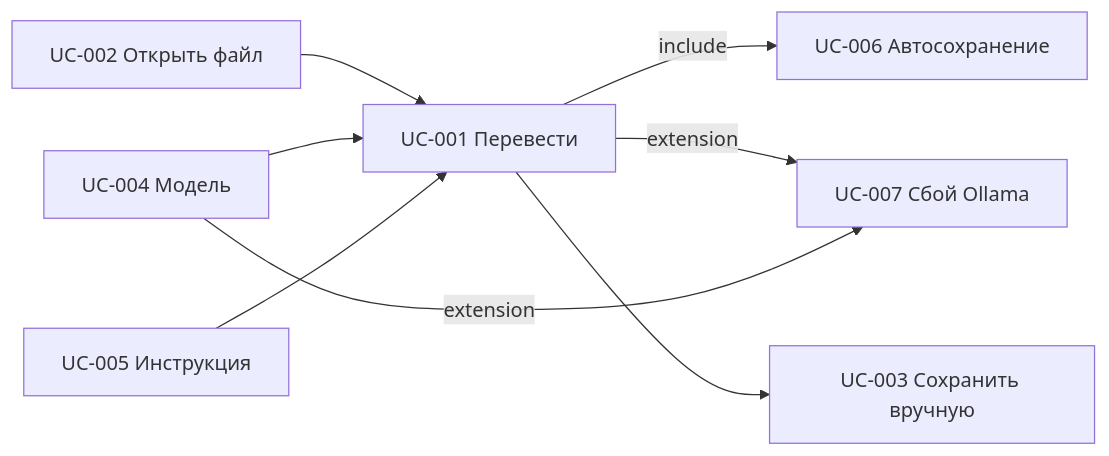
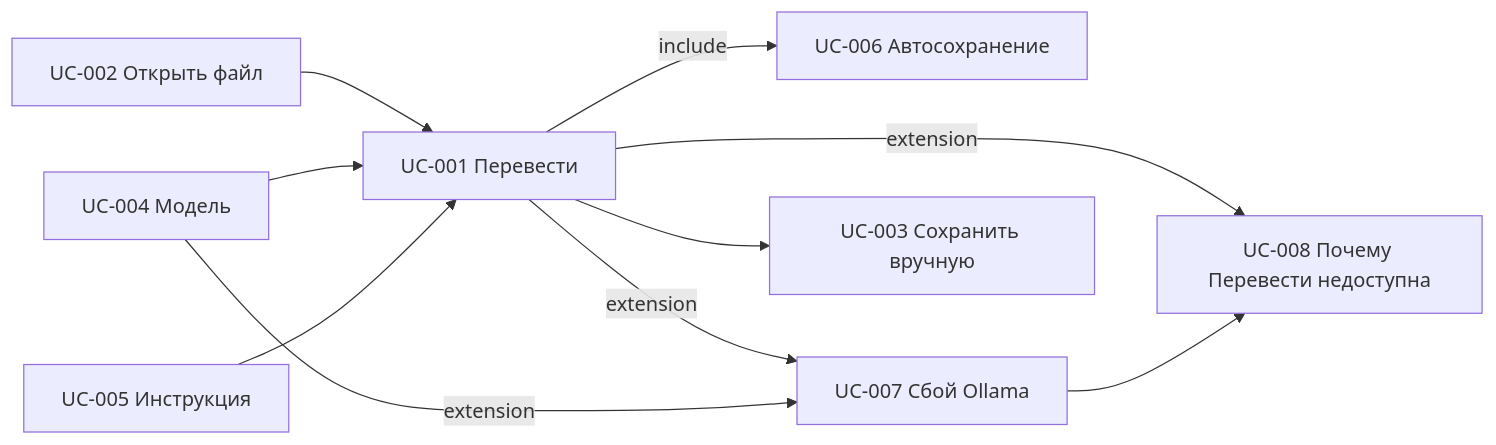
Before and after one commit to ILikeWorkingIT/TranslateText: the diagram in requirements/use-cases/list-uc.md, drawn with Mermaid. The commit also changed other lines of this file and 20 other files, not shown here.

First line of the commit message:
Record Ollama availability in requirements and add sequence diagrams for translation and model recovery.

````diff
--- a/requirements/use-cases/list-uc.md
+++ b/requirements/use-cases/list-uc.md
@@ -42,17 +45,20 @@
 ```mermaid
 flowchart LR
   UC002[UC-002 Открыть файл]
   UC004[UC-004 Модель]
   UC005[UC-005 Инструкция]
   UC001[UC-001 Перевести]
   UC006[UC-006 Автосохранение]
   UC007[UC-007 Сбой Ollama]
+  UC008[UC-008 Почему Перевести недоступна]
   UC003[UC-003 Сохранить вручную]
   UC002 --> UC001
   UC004 --> UC001
   UC005 --> UC001
   UC001 -->|include| UC006
   UC001 -->|extension| UC007
   UC004 -->|extension| UC007
+  UC001 -->|extension| UC008
+  UC007 --> UC008
   UC001 --> UC003
 ```
````
